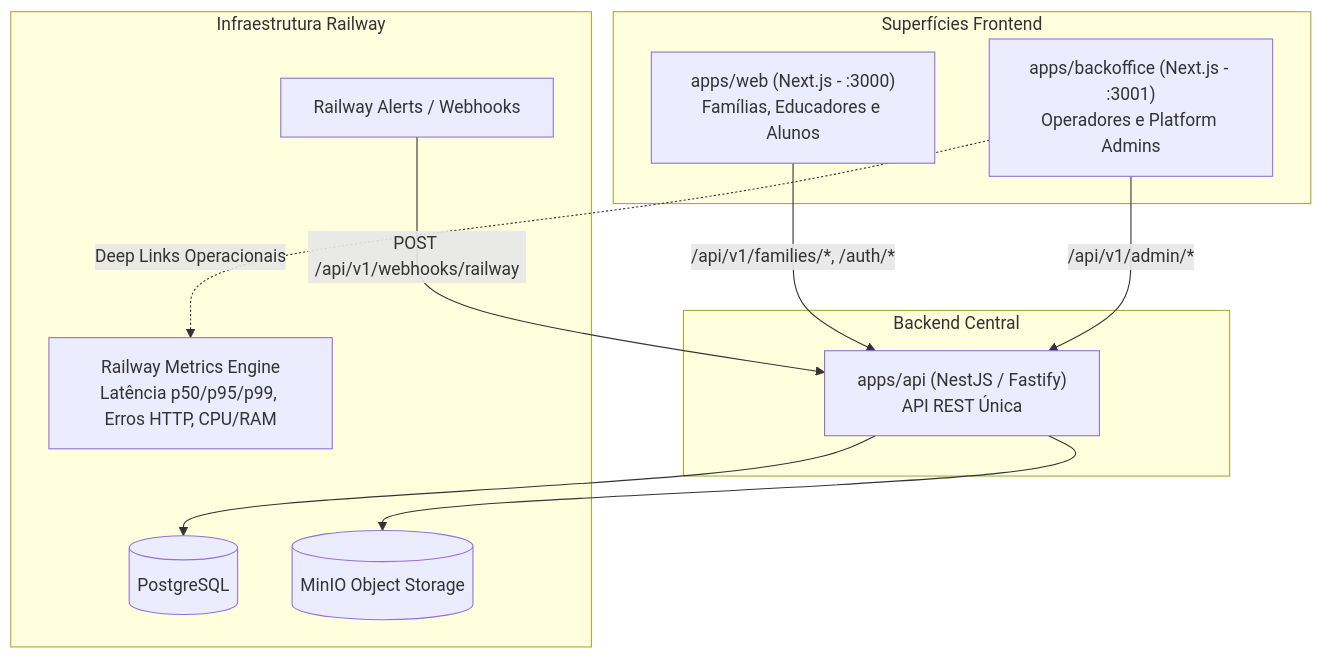
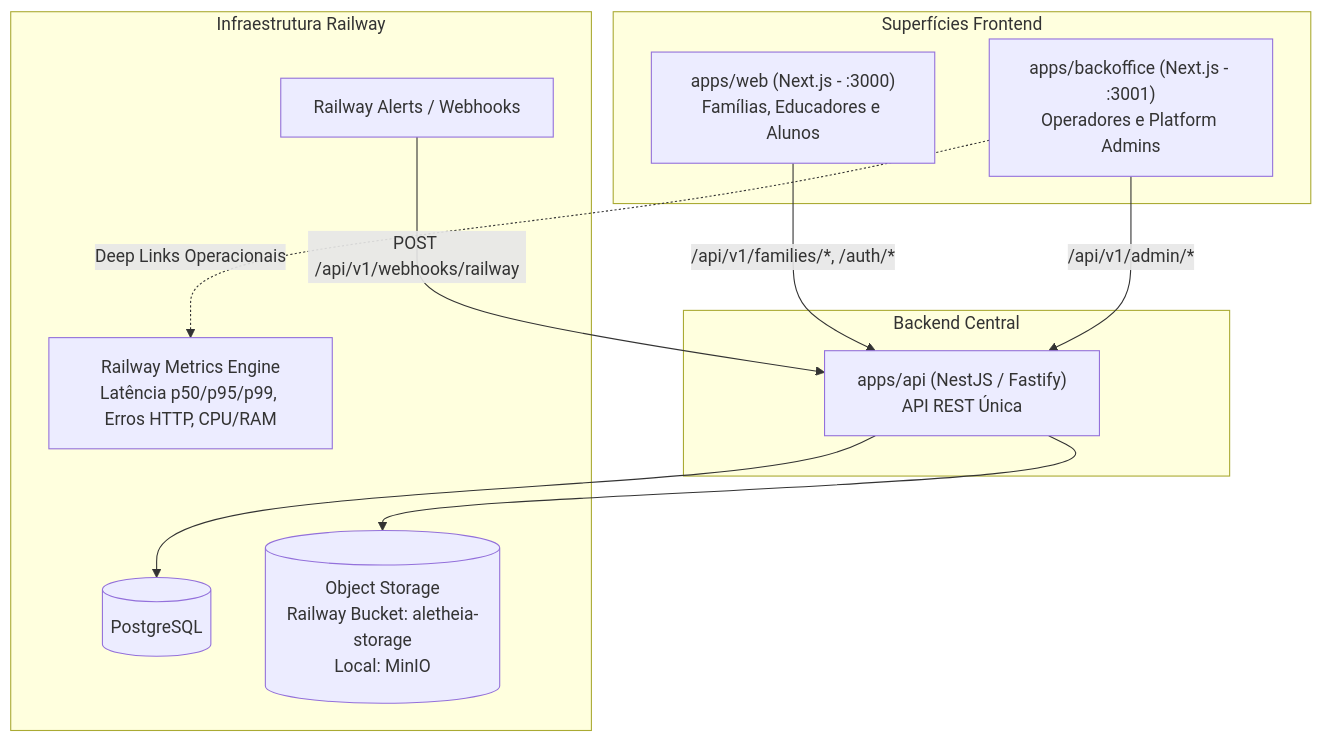
One commit to Trinity-Grove/Aletheia changed the diagram in docs/superpowers/specs/2026-09-25-backoffice-and-operational-dashboard-design.md. Above: the diagram before and after it, drawn with Mermaid. The commit also changed 1 other file, not shown here.

Commit message:
docs: clarify object storage as railway bucket in production

````diff
--- a/docs/superpowers/specs/2026-09-25-backoffice-and-operational-dashboard-design.md
+++ b/docs/superpowers/specs/2026-09-25-backoffice-and-operational-dashboard-design.md
@@ -36,25 +36,25 @@
 ```mermaid
 flowchart TD
     subgraph Clients ["Superfícies Frontend"]
         Web["apps/web (Next.js - :3000)<br/>Famílias, Educadores e Alunos"]
         Backoffice["apps/backoffice (Next.js - :3001)<br/>Operadores e Platform Admins"]
     end
 
     subgraph Backend ["Backend Central"]
         API["apps/api (NestJS / Fastify)<br/>API REST Única"]
     end
 
     subgraph Infra ["Infraestrutura Railway"]
         RailwayMetrics["Railway Metrics Engine<br/>Latência p50/p95/p99, Erros HTTP, CPU/RAM"]
         RailwayAlerts["Railway Alerts / Webhooks"]
         Postgres[(PostgreSQL)]
-        MinIO[(MinIO Object Storage)]
+        ObjectStorage[(Object Storage<br/>Railway Bucket: aletheia-storage<br/>Local: MinIO)]
     end
 
     Web -->|"/api/v1/families/*, /auth/*"| API
     Backoffice -->|"/api/v1/admin/*"| API
     RailwayAlerts -->|"POST /api/v1/webhooks/railway"| API
     API --> Postgres
-    API --> MinIO
+    API --> ObjectStorage
     Backoffice -.->|"Deep Links Operacionais"| RailwayMetrics
 ```
````
